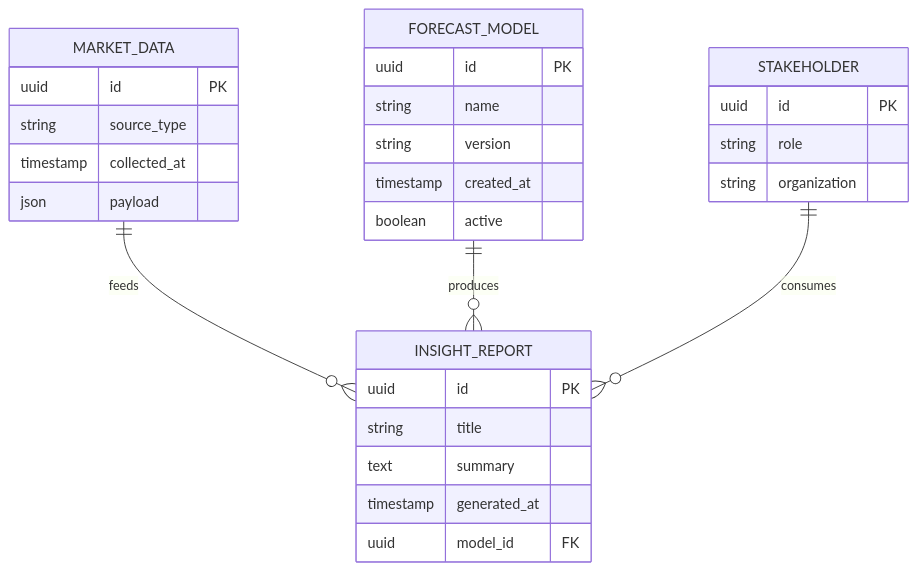
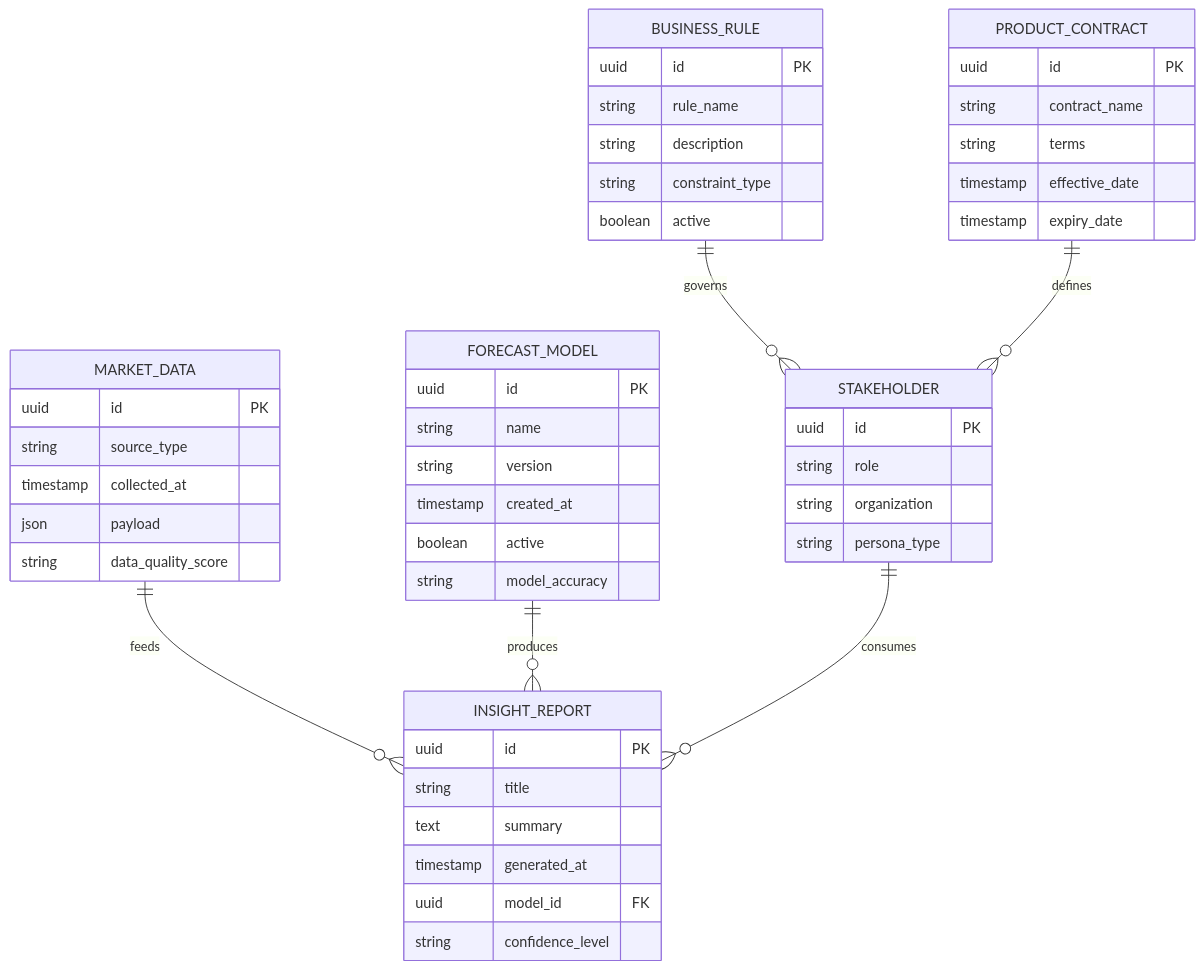
Before and after one commit to od3n/forecastiq: the sixth of 7 diagrams in .qoder/repowiki/en/content/Business Requirements & Analysis.md, drawn with Mermaid. The commit also changed other lines of this file and 3 other files, not shown here.

````diff
--- a/.qoder/repowiki/en/content/Business Requirements & Analysis.md
+++ b/.qoder/repowiki/en/content/Business Requirements & Analysis.md
@@ -223,31 +321,51 @@
 ```mermaid
 erDiagram
 MARKET_DATA {
 uuid id PK
 string source_type
 timestamp collected_at
 json payload
+string data_quality_score
 }
 FORECAST_MODEL {
 uuid id PK
 string name
 string version
 timestamp created_at
 boolean active
+string model_accuracy
 }
 INSIGHT_REPORT {
 uuid id PK
 string title
 text summary
 timestamp generated_at
 uuid model_id FK
+string confidence_level
 }
 STAKEHOLDER {
 uuid id PK
 string role
 string organization
+string persona_type
+}
+BUSINESS_RULE {
+uuid id PK
+string rule_name
+string description
+string constraint_type
+boolean active
+}
+PRODUCT_CONTRACT {
+uuid id PK
+string contract_name
+string terms
+timestamp effective_date
+timestamp expiry_date
 }
 MARKET_DATA ||--o{ INSIGHT_REPORT : "feeds"
 FORECAST_MODEL ||--o{ INSIGHT_REPORT : "produces"
 STAKEHOLDER ||--o{ INSIGHT_REPORT : "consumes"
+BUSINESS_RULE ||--o{ STAKEHOLDER : "governs"
+PRODUCT_CONTRACT ||--o{ STAKEHOLDER : "defines"
 ```
````
